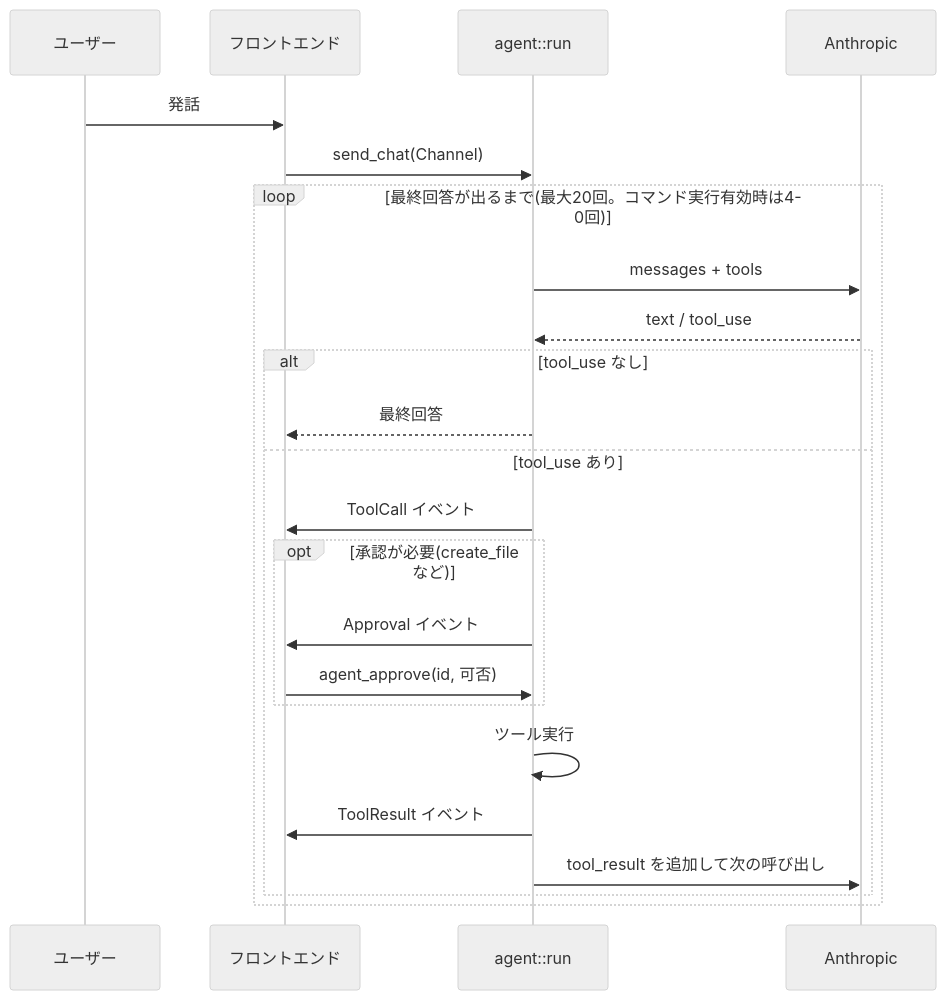
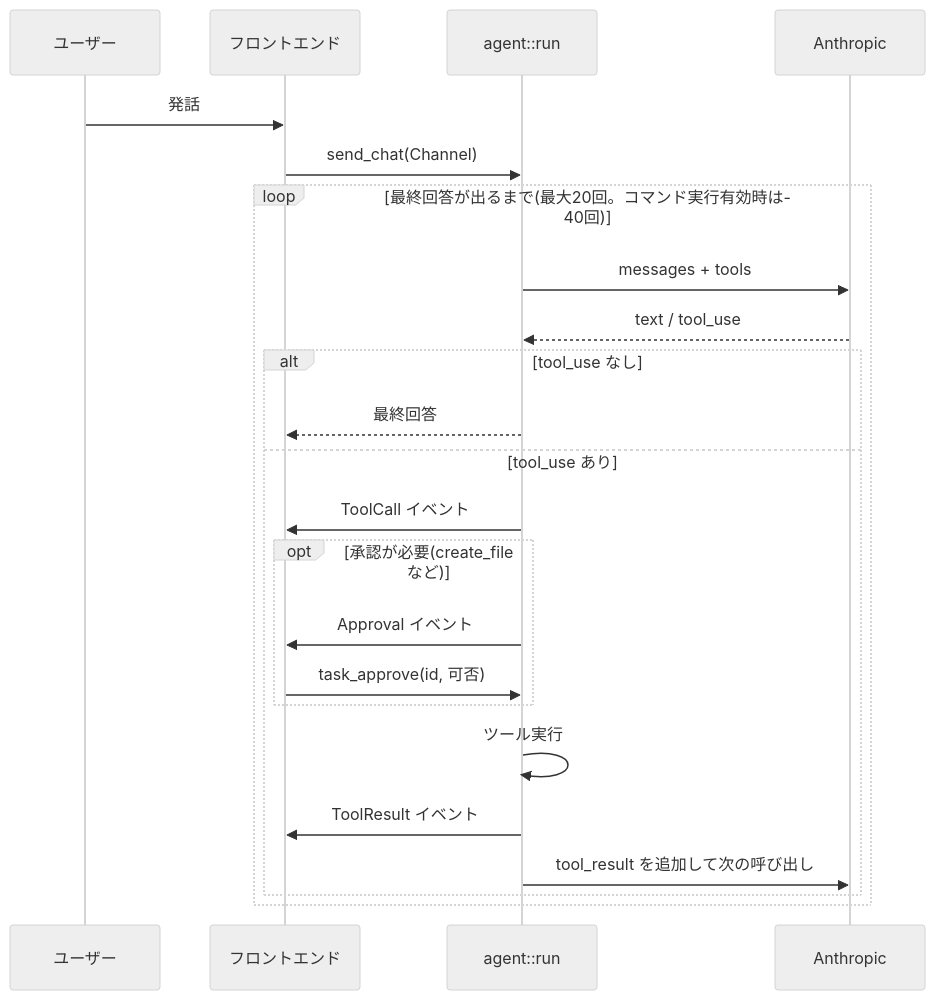
One commit to long-in/MyAssistant changed the diagram in docs/agent-file-tools.md. Above: the diagram before and after it, drawn with Mermaid (neutral theme). The commit also changed other lines of this file and 84 other files, not shown here.

````diff
--- a/docs/agent-file-tools.md
+++ b/docs/agent-file-tools.md
@@ -20,25 +20,25 @@
 ```mermaid
 sequenceDiagram
   participant U as ユーザー
   participant FE as フロントエンド
   participant L as agent::run
   participant LLM as Anthropic
   U->>FE: 発話
   FE->>L: send_chat(Channel)
   loop 最終回答が出るまで(最大20回。コマンド実行有効時は40回)
     L->>LLM: messages + tools
     LLM-->>L: text / tool_use
     alt tool_use なし
       L-->>FE: 最終回答
     else tool_use あり
       L->>FE: ToolCall イベント
       opt 承認が必要(create_file など)
         L->>FE: Approval イベント
-        FE->>L: agent_approve(id, 可否)
+        FE->>L: task_approve(id, 可否)
       end
       L->>L: ツール実行
       L->>FE: ToolResult イベント
       L->>LLM: tool_result を追加して次の呼び出し
     end
   end
 ```
````
